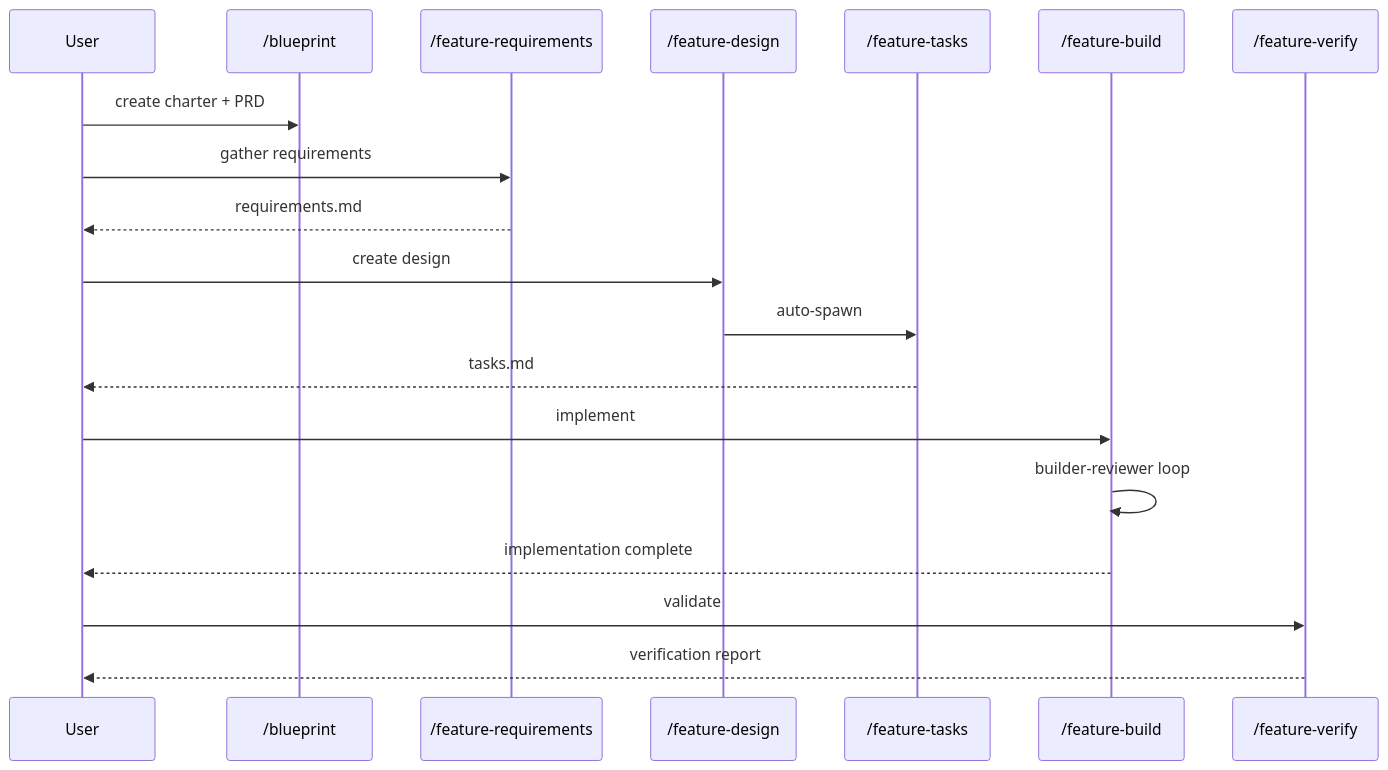
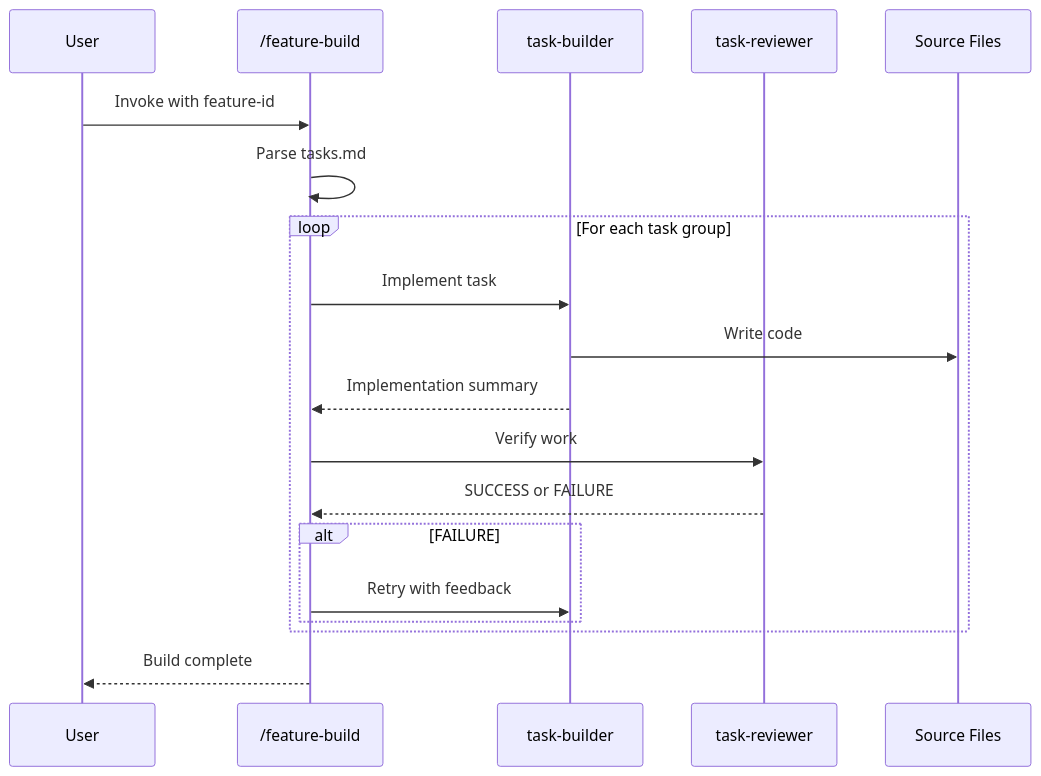
The third of 4 diagrams in .rp1/context/architecture.md (rp1-run/rp1), drawn with Mermaid before and after one commit. The commit also changed other lines of this file and 5 other files, not shown here.

````diff
--- a/.rp1/context/architecture.md
+++ b/.rp1/context/architecture.md
@@ -153,22 +149,22 @@
 ```mermaid
 sequenceDiagram
     participant User
-    participant Blueprint as /blueprint
-    participant Reqs as /feature-requirements
-    participant Design as /feature-design
-    participant Tasks as /feature-tasks
-    participant Build as /feature-build
-    participant Verify as /feature-verify
+    participant Command as /feature-build
+    participant Builder as task-builder
+    participant Reviewer as task-reviewer
+    participant Files as Source Files
 
-    User->>Blueprint: create charter + PRD
-    User->>Reqs: gather requirements
-    Reqs-->>User: requirements.md
-    User->>Design: create design
-    Design->>Tasks: auto-spawn
-    Tasks-->>User: tasks.md
-    User->>Build: implement
-    Build->>Build: builder-reviewer loop
-    Build-->>User: implementation complete
-    User->>Verify: validate
-    Verify-->>User: verification report
+    User->>Command: Invoke with feature-id
+    Command->>Command: Parse tasks.md
+    loop For each task group
+        Command->>Builder: Implement task
+        Builder->>Files: Write code
+        Builder-->>Command: Implementation summary
+        Command->>Reviewer: Verify work
+        Reviewer-->>Command: SUCCESS or FAILURE
+        alt FAILURE
+            Command->>Builder: Retry with feedback
+        end
+    end
+    Command-->>User: Build complete
 ```
````
